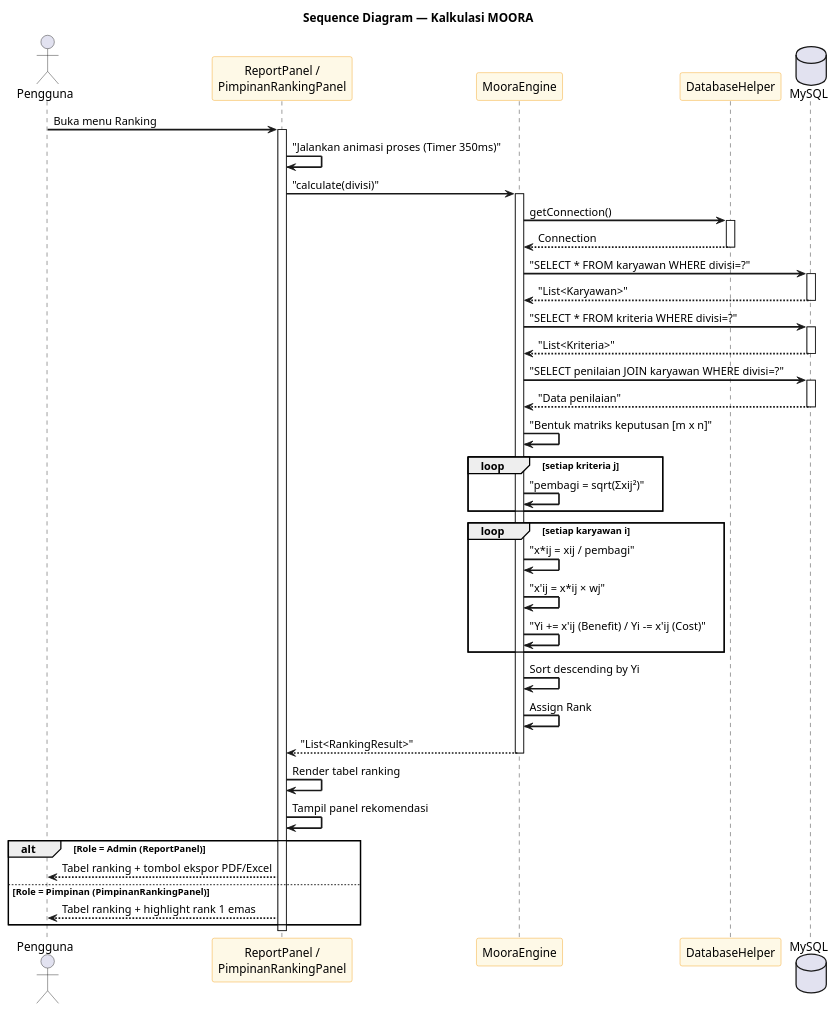
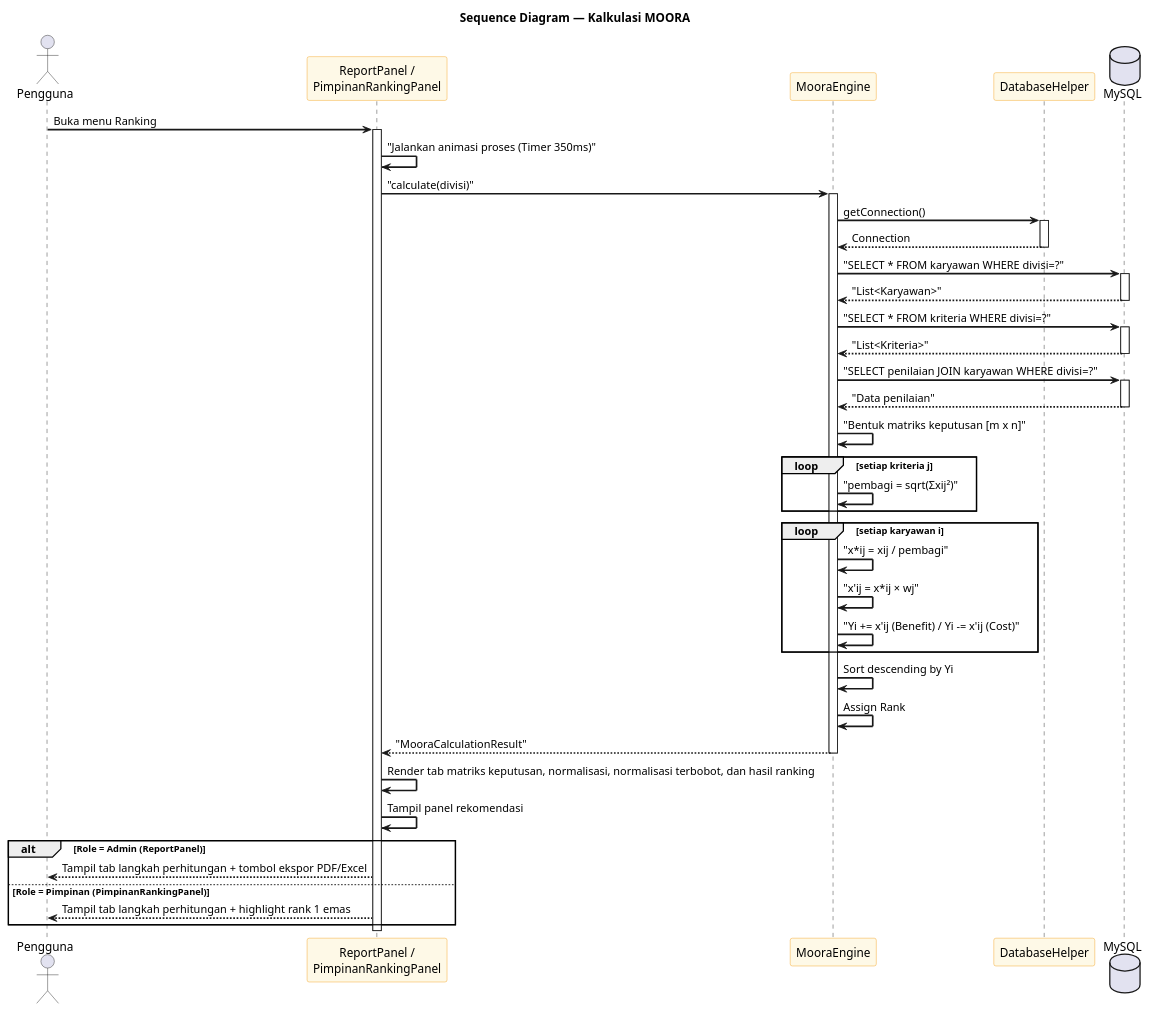
One commit to caidenrev/spk-bri-2.0 changed the seventh of 14 diagrams in BAB4_DIAGRAM.md. Above: the diagram before and after it, drawn with PlantUML. The commit also changed other lines of this file and 8 other files, not shown here.

````diff
--- a/BAB4_DIAGRAM.md
+++ b/BAB4_DIAGRAM.md
@@ -343,68 +333,68 @@
 ```plantuml
 @startuml SequenceMoora
 skinparam sequenceArrowThickness 2
 skinparam sequenceParticipantBackgroundColor #FEF9E7
 skinparam sequenceParticipantBorderColor #F39C12
 title Sequence Diagram — Kalkulasi MOORA
 
 actor Pengguna as user
 participant "ReportPanel /\nPimpinanRankingPanel" as report
 participant "MooraEngine" as engine
 participant "DatabaseHelper" as db
 database "MySQL" as mysql
 
 user -> report : Buka menu Ranking
 activate report
 
 report -> report : "Jalankan animasi proses (Timer 350ms)"
 report -> engine : "calculate(divisi)"
 activate engine
 
 engine -> db : getConnection()
 activate db
 db --> engine : Connection
 deactivate db
 
 engine -> mysql : "SELECT * FROM karyawan WHERE divisi=?"
 activate mysql
 mysql --> engine : "List<Karyawan>"
 deactivate mysql
 
 engine -> mysql : "SELECT * FROM kriteria WHERE divisi=?"
 activate mysql
 mysql --> engine : "List<Kriteria>"
 deactivate mysql
 
 engine -> mysql : "SELECT penilaian JOIN karyawan WHERE divisi=?"
 activate mysql
 mysql --> engine : "Data penilaian"
 deactivate mysql
 
 engine -> engine : "Bentuk matriks keputusan [m x n]"
 
 loop setiap kriteria j
   engine -> engine : "pembagi = sqrt(Σxij²)"
 end
 
 loop setiap karyawan i
   engine -> engine : "x*ij = xij / pembagi"
   engine -> engine : "x'ij = x*ij × wj"
   engine -> engine : "Yi += x'ij (Benefit) / Yi -= x'ij (Cost)"
 end
 
 engine -> engine : Sort descending by Yi
 engine -> engine : Assign Rank
-engine --> report : "List<RankingResult>"
+engine --> report : "MooraCalculationResult"
 deactivate engine
 
-report -> report : Render tabel ranking
+report -> report : Render tab matriks keputusan, normalisasi, normalisasi terbobot, dan hasil ranking
 report -> report : Tampil panel rekomendasi
 
 alt Role = Admin (ReportPanel)
-  report --> user : Tabel ranking + tombol ekspor PDF/Excel
+  report --> user : Tampil tab langkah perhitungan + tombol ekspor PDF/Excel
 else Role = Pimpinan (PimpinanRankingPanel)
-  report --> user : Tabel ranking + highlight rank 1 emas
+  report --> user : Tampil tab langkah perhitungan + highlight rank 1 emas
 end
 deactivate report
 @enduml
 ```
````
